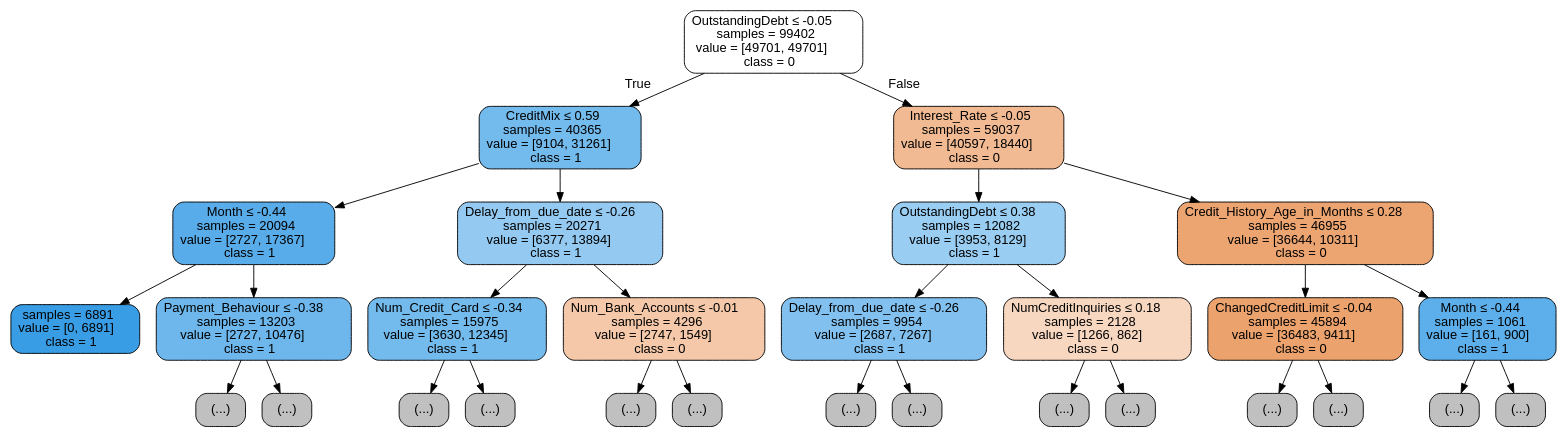
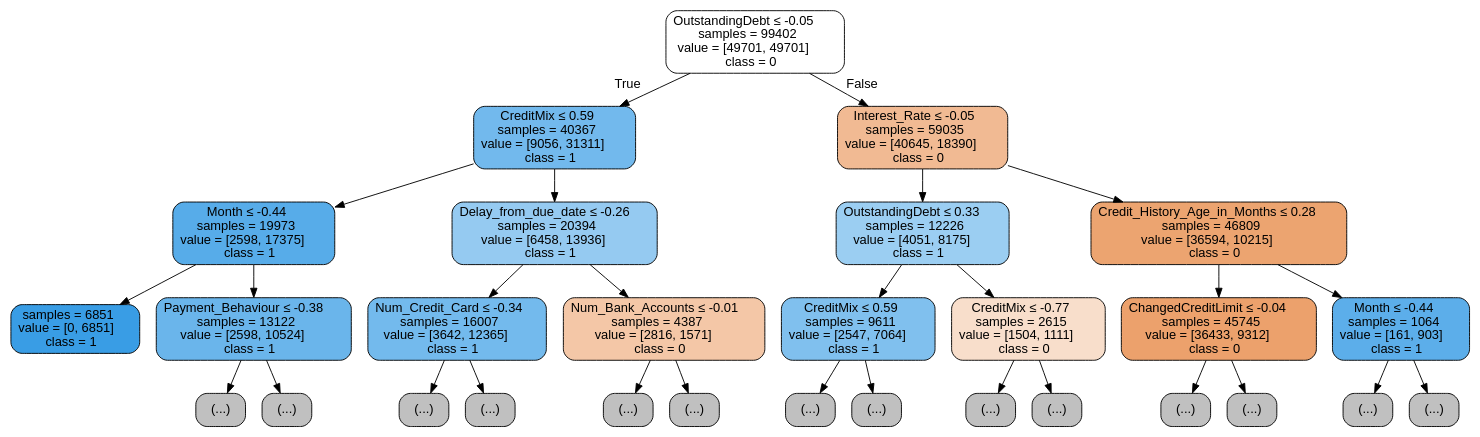
One commit to Guilherme-RCarvalho/DS_23_24 changed the diagram in images/classification/credit_dt_accuracy_best_tree.dot. Above: the diagram before and after it, drawn with Graphviz. The commit also changed 9 other files, not shown here.

```diff
--- a/images/classification/credit_dt_accuracy_best_tree.dot
+++ b/images/classification/credit_dt_accuracy_best_tree.dot
@@ -1,61 +1,61 @@
 digraph Tree {
 node [shape=box, style="filled, rounded", color="black", fontname="helvetica"] ;
 edge [fontname="helvetica"] ;
 0 [label=<OutstandingDebt &le; -0.05<br/>samples = 99402<br/>value = [49701, 49701]<br/>class = 0>, fillcolor="#ffffff"] ;
-1 [label=<CreditMix &le; 0.59<br/>samples = 40365<br/>value = [9104, 31261]<br/>class = 1>, fillcolor="#73baed"] ;
+1 [label=<CreditMix &le; 0.59<br/>samples = 40367<br/>value = [9056, 31311]<br/>class = 1>, fillcolor="#72b9ed"] ;
 0 -> 1 [labeldistance=2.5, labelangle=45, headlabel="True"] ;
-2 [label=<Month &le; -0.44<br/>samples = 20094<br/>value = [2727, 17367]<br/>class = 1>, fillcolor="#58ace9"] ;
+2 [label=<Month &le; -0.44<br/>samples = 19973<br/>value = [2598, 17375]<br/>class = 1>, fillcolor="#57ace9"] ;
 1 -> 2 ;
-3 [label=<samples = 6891<br/>value = [0, 6891]<br/>class = 1>, fillcolor="#399de5"] ;
+3 [label=<samples = 6851<br/>value = [0, 6851]<br/>class = 1>, fillcolor="#399de5"] ;
 2 -> 3 ;
-4 [label=<Payment_Behaviour &le; -0.38<br/>samples = 13203<br/>value = [2727, 10476]<br/>class = 1>, fillcolor="#6db7ec"] ;
+4 [label=<Payment_Behaviour &le; -0.38<br/>samples = 13122<br/>value = [2598, 10524]<br/>class = 1>, fillcolor="#6ab5eb"] ;
 2 -> 4 ;
 5 [label="(...)", fillcolor="#C0C0C0"] ;
 4 -> 5 ;
-1122 [label="(...)", fillcolor="#C0C0C0"] ;
-4 -> 1122 ;
-2147 [label=<Delay_from_due_date &le; -0.26<br/>samples = 20271<br/>value = [6377, 13894]<br/>class = 1>, fillcolor="#94caf1"] ;
-1 -> 2147 ;
-2148 [label=<Num_Credit_Card &le; -0.34<br/>samples = 15975<br/>value = [3630, 12345]<br/>class = 1>, fillcolor="#73baed"] ;
-2147 -> 2148 ;
-2149 [label="(...)", fillcolor="#C0C0C0"] ;
-2148 -> 2149 ;
-2150 [label="(...)", fillcolor="#C0C0C0"] ;
-2148 -> 2150 ;
-3945 [label=<Num_Bank_Accounts &le; -0.01<br/>samples = 4296<br/>value = [2747, 1549]<br/>class = 0>, fillcolor="#f4c8a9"] ;
-2147 -> 3945 ;
-3946 [label="(...)", fillcolor="#C0C0C0"] ;
-3945 -> 3946 ;
-4669 [label="(...)", fillcolor="#C0C0C0"] ;
-3945 -> 4669 ;
-4798 [label=<Interest_Rate &le; -0.05<br/>samples = 59037<br/>value = [40597, 18440]<br/>class = 0>, fillcolor="#f1ba93"] ;
-0 -> 4798 [labeldistance=2.5, labelangle=-45, headlabel="False"] ;
-4799 [label=<OutstandingDebt &le; 0.38<br/>samples = 12082<br/>value = [3953, 8129]<br/>class = 1>, fillcolor="#99cdf2"] ;
-4798 -> 4799 ;
-4800 [label=<Delay_from_due_date &le; -0.26<br/>samples = 9954<br/>value = [2687, 7267]<br/>class = 1>, fillcolor="#82c1ef"] ;
-4799 -> 4800 ;
-4801 [label="(...)", fillcolor="#C0C0C0"] ;
-4800 -> 4801 ;
-5562 [label="(...)", fillcolor="#C0C0C0"] ;
-4800 -> 5562 ;
-6123 [label=<NumCreditInquiries &le; 0.18<br/>samples = 2128<br/>value = [1266, 862]<br/>class = 0>, fillcolor="#f7d7c0"] ;
-4799 -> 6123 ;
-6124 [label="(...)", fillcolor="#C0C0C0"] ;
-6123 -> 6124 ;
-6449 [label="(...)", fillcolor="#C0C0C0"] ;
-6123 -> 6449 ;
-6582 [label=<Credit_History_Age_in_Months &le; 0.28<br/>samples = 46955<br/>value = [36644, 10311]<br/>class = 0>, fillcolor="#eca471"] ;
-4798 -> 6582 ;
-6583 [label=<ChangedCreditLimit &le; -0.04<br/>samples = 45894<br/>value = [36483, 9411]<br/>class = 0>, fillcolor="#eca26c"] ;
-6582 -> 6583 ;
-6584 [label="(...)", fillcolor="#C0C0C0"] ;
-6583 -> 6584 ;
-7909 [label="(...)", fillcolor="#C0C0C0"] ;
-6583 -> 7909 ;
-11248 [label=<Month &le; -0.44<br/>samples = 1061<br/>value = [161, 900]<br/>class = 1>, fillcolor="#5cafea"] ;
-6582 -> 11248 ;
-11249 [label="(...)", fillcolor="#C0C0C0"] ;
-11248 -> 11249 ;
-11250 [label="(...)", fillcolor="#C0C0C0"] ;
-11248 -> 11250 ;
+1130 [label="(...)", fillcolor="#C0C0C0"] ;
+4 -> 1130 ;
+2223 [label=<Delay_from_due_date &le; -0.26<br/>samples = 20394<br/>value = [6458, 13936]<br/>class = 1>, fillcolor="#95caf1"] ;
+1 -> 2223 ;
+2224 [label=<Num_Credit_Card &le; -0.34<br/>samples = 16007<br/>value = [3642, 12365]<br/>class = 1>, fillcolor="#73baed"] ;
+2223 -> 2224 ;
+2225 [label="(...)", fillcolor="#C0C0C0"] ;
+2224 -> 2225 ;
+2226 [label="(...)", fillcolor="#C0C0C0"] ;
+2224 -> 2226 ;
+4149 [label=<Num_Bank_Accounts &le; -0.01<br/>samples = 4387<br/>value = [2816, 1571]<br/>class = 0>, fillcolor="#f4c7a7"] ;
+2223 -> 4149 ;
+4150 [label="(...)", fillcolor="#C0C0C0"] ;
+4149 -> 4150 ;
+4821 [label="(...)", fillcolor="#C0C0C0"] ;
+4149 -> 4821 ;
+4960 [label=<Interest_Rate &le; -0.05<br/>samples = 59035<br/>value = [40645, 18390]<br/>class = 0>, fillcolor="#f1ba93"] ;
+0 -> 4960 [labeldistance=2.5, labelangle=-45, headlabel="False"] ;
+4961 [label=<OutstandingDebt &le; 0.33<br/>samples = 12226<br/>value = [4051, 8175]<br/>class = 1>, fillcolor="#9bcef2"] ;
+4960 -> 4961 ;
+4962 [label=<CreditMix &le; 0.59<br/>samples = 9611<br/>value = [2547, 7064]<br/>class = 1>, fillcolor="#80c0ee"] ;
+4961 -> 4962 ;
+4963 [label="(...)", fillcolor="#C0C0C0"] ;
+4962 -> 4963 ;
+5460 [label="(...)", fillcolor="#C0C0C0"] ;
+4962 -> 5460 ;
+6201 [label=<CreditMix &le; -0.77<br/>samples = 2615<br/>value = [1504, 1111]<br/>class = 0>, fillcolor="#f8decb"] ;
+4961 -> 6201 ;
+6202 [label="(...)", fillcolor="#C0C0C0"] ;
+6201 -> 6202 ;
+6275 [label="(...)", fillcolor="#C0C0C0"] ;
+6201 -> 6275 ;
+6748 [label=<Credit_History_Age_in_Months &le; 0.28<br/>samples = 46809<br/>value = [36594, 10215]<br/>class = 0>, fillcolor="#eca470"] ;
+4960 -> 6748 ;
+6749 [label=<ChangedCreditLimit &le; -0.04<br/>samples = 45745<br/>value = [36433, 9312]<br/>class = 0>, fillcolor="#eca16c"] ;
+6748 -> 6749 ;
+6750 [label="(...)", fillcolor="#C0C0C0"] ;
+6749 -> 6750 ;
+8107 [label="(...)", fillcolor="#C0C0C0"] ;
+6749 -> 8107 ;
+11952 [label=<Month &le; -0.44<br/>samples = 1064<br/>value = [161, 903]<br/>class = 1>, fillcolor="#5caeea"] ;
+6748 -> 11952 ;
+11953 [label="(...)", fillcolor="#C0C0C0"] ;
+11952 -> 11953 ;
+11954 [label="(...)", fillcolor="#C0C0C0"] ;
+11952 -> 11954 ;
 }
```
